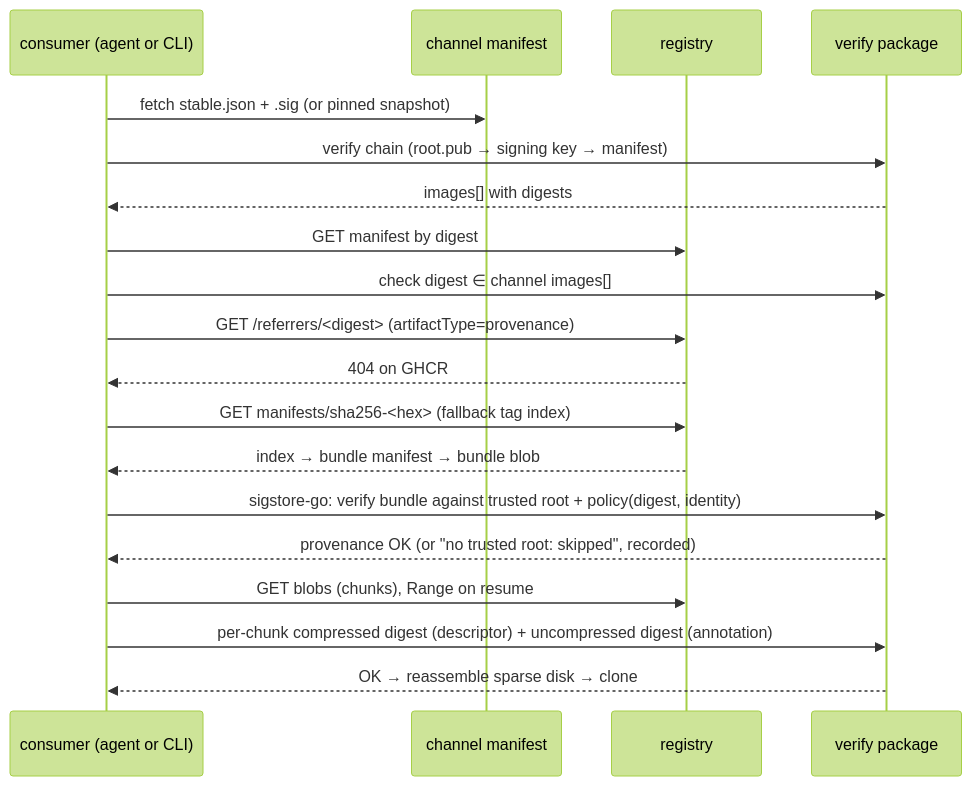
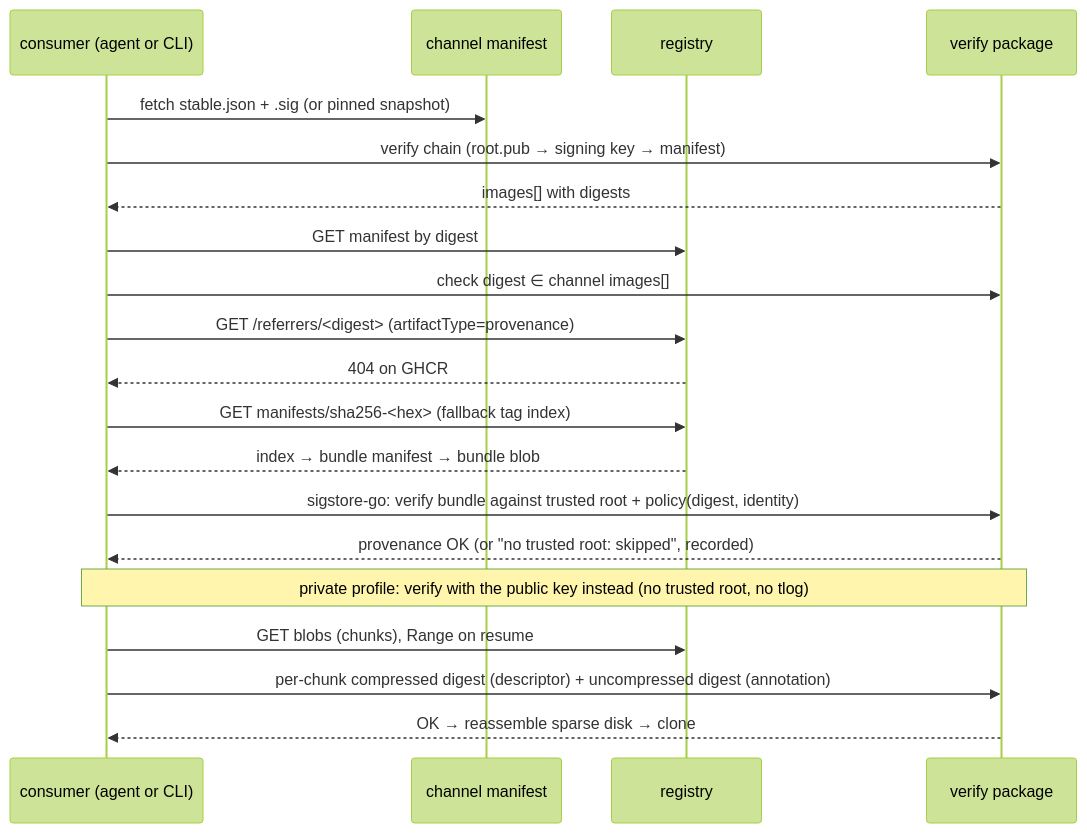
One commit to weaveplatform/weaveplatform-oci changed the second of 2 diagrams in docs/research/05-supply-chain.md. Above: the diagram before and after it, drawn with Mermaid (forest theme). The commit also changed other lines of this file and 151 other files, not shown here.

````diff
--- a/docs/research/05-supply-chain.md
+++ b/docs/research/05-supply-chain.md
@@ -244,21 +307,22 @@
 ```mermaid
 sequenceDiagram
     participant C as consumer (agent or CLI)
     participant Ch as channel manifest
     participant R as registry
     participant V as verify package
     C->>Ch: fetch stable.json + .sig (or pinned snapshot)
     C->>V: verify chain (root.pub → signing key → manifest)
     V-->>C: images[] with digests
     C->>R: GET manifest by digest
     C->>V: check digest ∈ channel images[]
     C->>R: GET /referrers/<digest> (artifactType=provenance)
     R-->>C: 404 on GHCR
     C->>R: GET manifests/sha256-<hex> (fallback tag index)
     R-->>C: index → bundle manifest → bundle blob
     C->>V: sigstore-go: verify bundle against trusted root + policy(digest, identity)
     V-->>C: provenance OK (or "no trusted root: skipped", recorded)
+    Note over C,V: private profile: verify with the public key instead (no trusted root, no tlog)
     C->>R: GET blobs (chunks), Range on resume
     C->>V: per-chunk compressed digest (descriptor) + uncompressed digest (annotation)
     V-->>C: OK → reassemble sparse disk → clone
 ```
````
